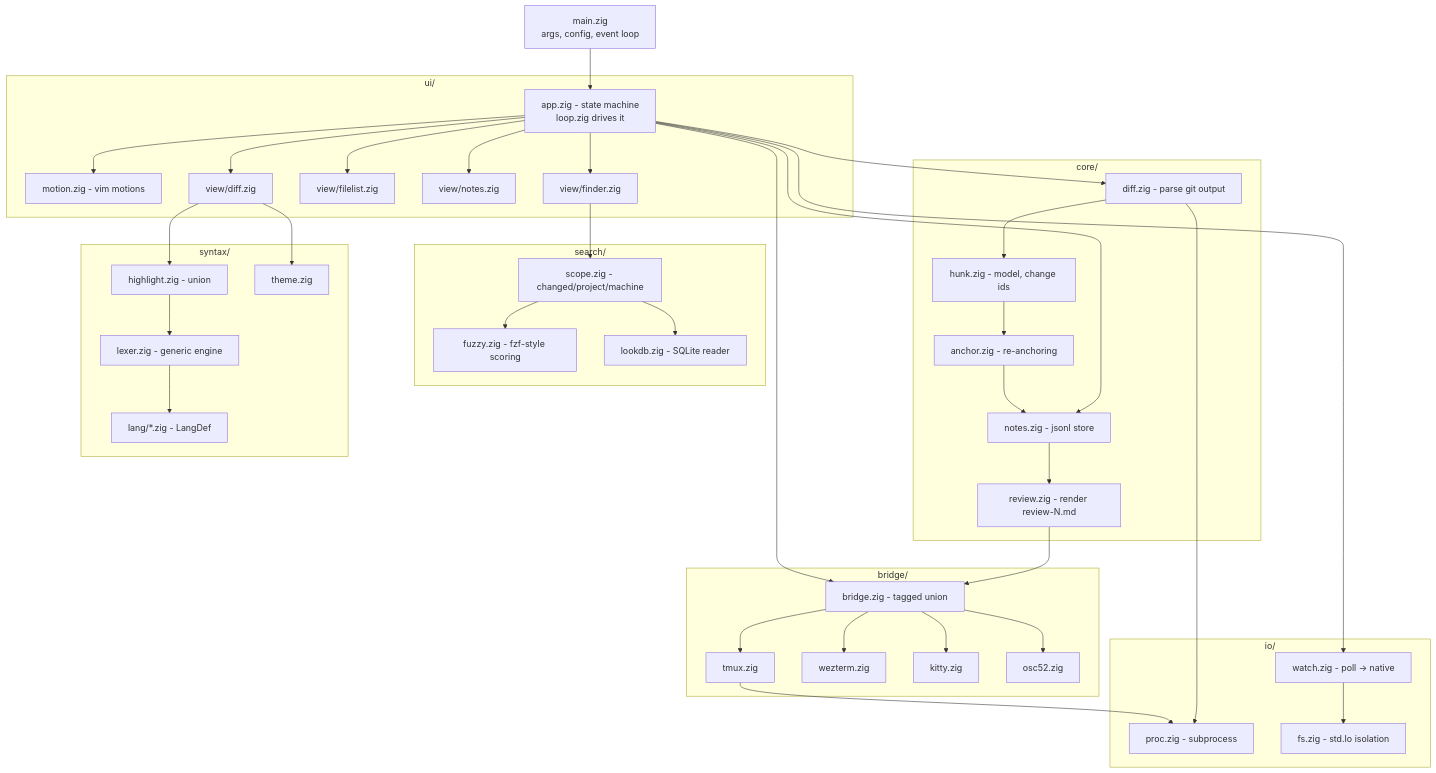
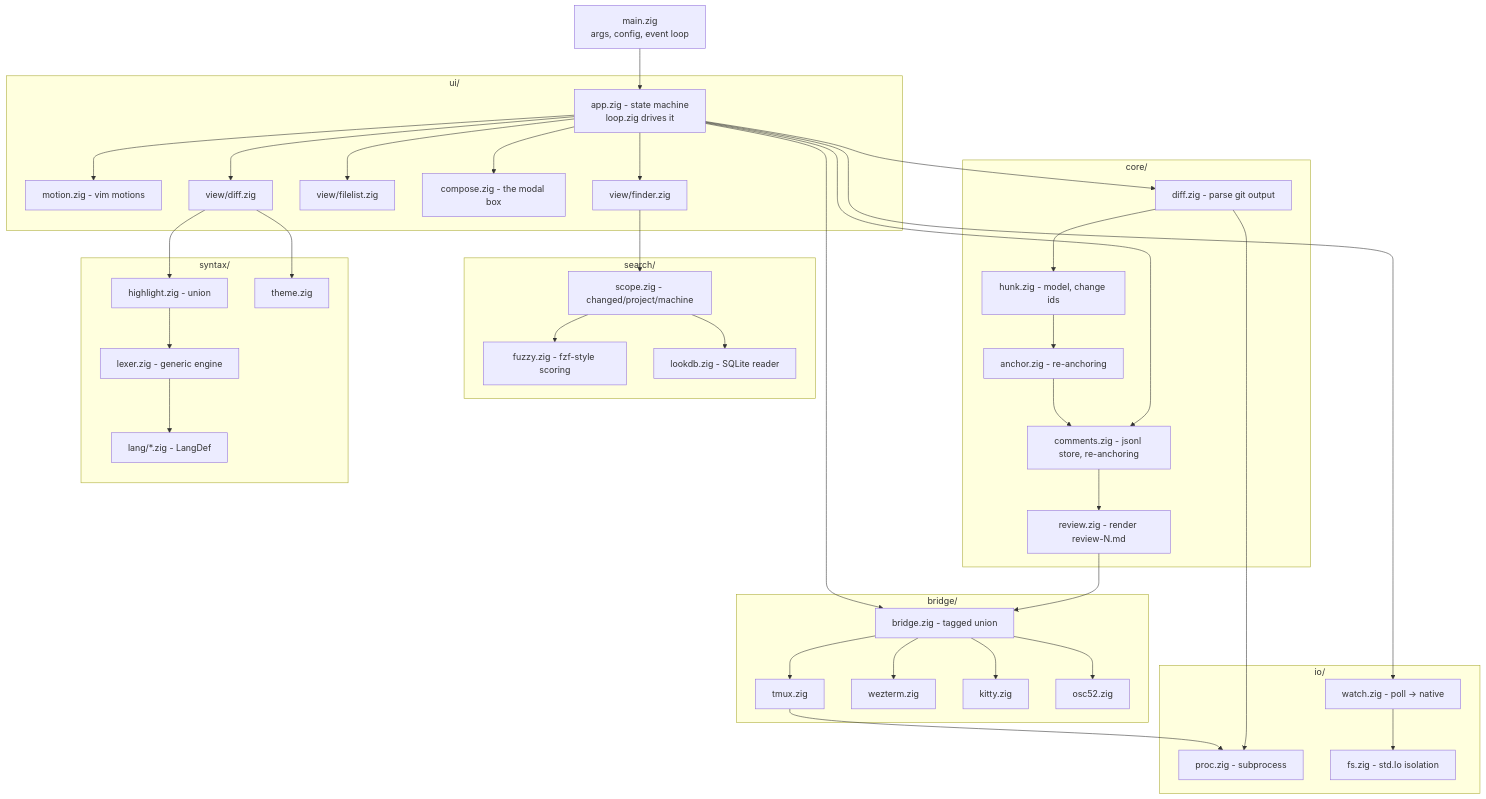
Before and after one commit to kunkka19xx/lgtm: the second of 4 diagrams in docs/ARCHITECTURE.md, drawn with Mermaid. The commit also changed other lines of this file and 13 other files, not shown here.

````diff
--- a/docs/ARCHITECTURE.md
+++ b/docs/ARCHITECTURE.md
@@ -44,69 +44,69 @@
 ```mermaid
 graph TD
     main["main.zig<br/>args, config, event loop"]
 
     subgraph ui["ui/"]
         app["app.zig - state machine<br/>loop.zig drives it"]
         motion["motion.zig - vim motions"]
         vdiff["view/diff.zig"]
         vfiles["view/filelist.zig"]
-        vnotes["view/notes.zig"]
+        vcompose["compose.zig - the modal box"]
         vfind["view/finder.zig"]
     end
 
     subgraph core["core/"]
         diff["diff.zig - parse git output"]
         hunk["hunk.zig - model, change ids"]
         anchor["anchor.zig - re-anchoring"]
-        notes["notes.zig - jsonl store"]
-        review["review.zig - render review-N.md"]
+        comments["comments.zig - jsonl store, re-anchoring"]
+        creview["review.zig - render review-N.md"]
     end
 
     subgraph io["io/"]
         watch["watch.zig - poll → native"]
         proc["proc.zig - subprocess"]
         fs["fs.zig - std.Io isolation"]
     end
 
     subgraph search["search/"]
         fuzzy["fuzzy.zig - fzf-style scoring"]
         scope["scope.zig - changed/project/machine"]
         lookdb["lookdb.zig - SQLite reader"]
     end
 
     subgraph bridge["bridge/"]
         biface["bridge.zig - tagged union"]
         tmux["tmux.zig"]
         wez["wezterm.zig"]
         kitty["kitty.zig"]
         osc["osc52.zig"]
     end
 
     subgraph syntax["syntax/"]
         hl["highlight.zig - union"]
         lex["lexer.zig - generic engine"]
         langs["lang/*.zig - LangDef"]
         theme["theme.zig"]
     end
 
     main --> app
-    app --> vdiff & vfiles & vnotes & vfind
+    app --> vdiff & vfiles & vcompose & vfind
     app --> motion
-    app --> diff & notes
+    app --> diff & comments
     vdiff --> hl & theme
     hl --> lex
     lex --> langs
     diff --> hunk
     hunk --> anchor
-    anchor --> notes
-    notes --> review
-    review --> biface
+    anchor --> comments
+    comments --> creview
+    creview --> biface
     app --> biface
     biface --> tmux & wez & kitty & osc
     vfind --> scope
     scope --> fuzzy & lookdb
     app --> watch
     watch --> fs
     diff --> proc
     tmux --> proc
 ```
````
